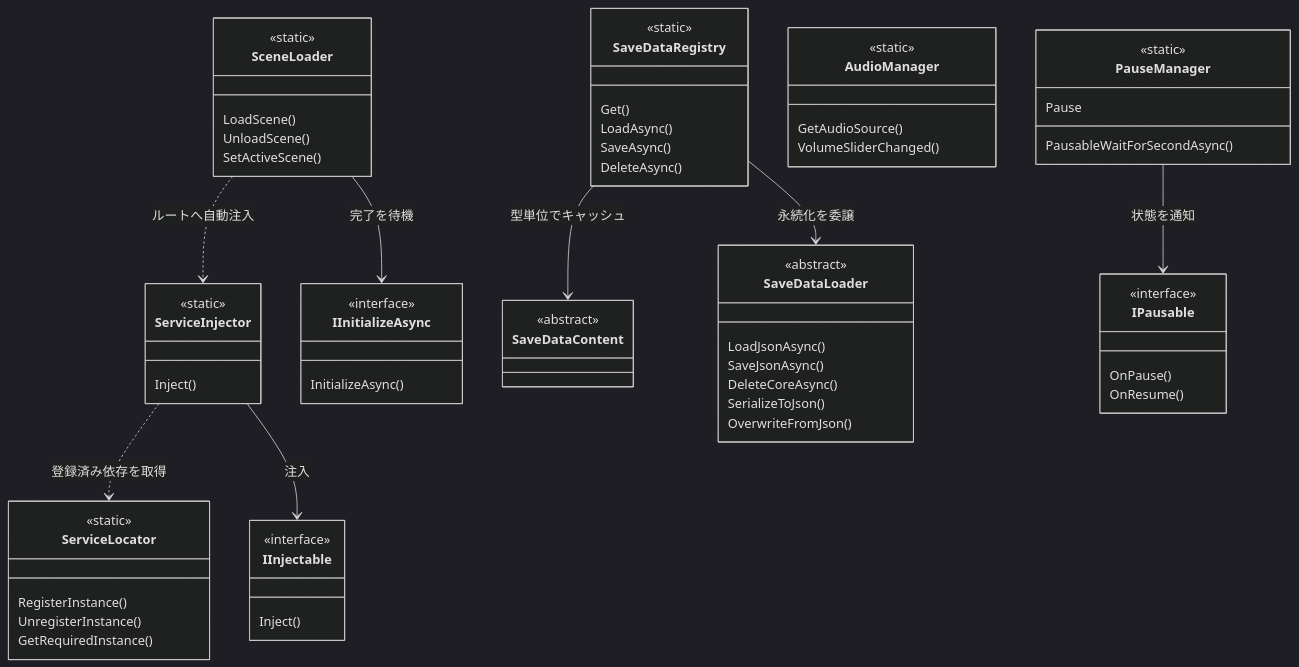
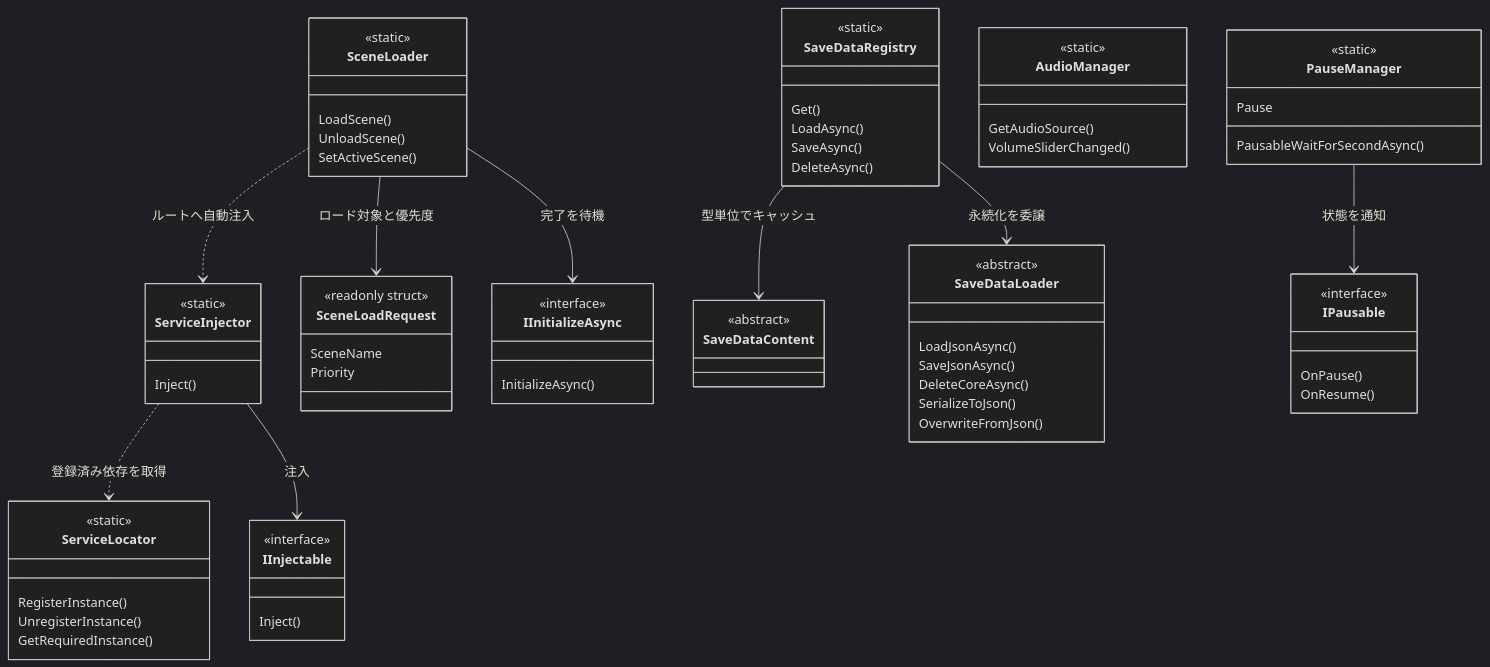
The third of 4 diagrams in Documentation~/Architecture.md (HIBIKI5201/SymphonyFramework), drawn with Mermaid (dark theme) before and after one commit. The commit also changed 35 other files, not shown here.

````diff
--- a/Documentation~/Architecture.md
+++ b/Documentation~/Architecture.md
@@ -74,68 +74,74 @@
 ```mermaid
 classDiagram
     class ServiceLocator {
         <<static>>
         RegisterInstance()
         UnregisterInstance()
         GetRequiredInstance()
     }
     class ServiceInjector {
         <<static>>
         Inject()
     }
     class IInjectable {
         <<interface>>
         Inject()
     }
     class SceneLoader {
         <<static>>
         LoadScene()
         UnloadScene()
         SetActiveScene()
+    }
+    class SceneLoadRequest {
+        <<readonly struct>>
+        SceneName
+        Priority
     }
     class IInitializeAsync {
         <<interface>>
         InitializeAsync()
     }
     class SaveDataRegistry {
         <<static>>
         Get()
         LoadAsync()
         SaveAsync()
         DeleteAsync()
     }
     class SaveDataContent {
         <<abstract>>
     }
     class SaveDataLoader {
         <<abstract>>
         LoadJsonAsync()
         SaveJsonAsync()
         DeleteCoreAsync()
         SerializeToJson()
         OverwriteFromJson()
     }
     class AudioManager {
         <<static>>
         GetAudioSource()
         VolumeSliderChanged()
     }
     class PauseManager {
         <<static>>
         Pause
         PausableWaitForSecondAsync()
     }
     class IPausable {
         <<interface>>
         OnPause()
         OnResume()
     }
 
     ServiceInjector ..> ServiceLocator : 登録済み依存を取得
     ServiceInjector --> IInjectable : 注入
+    SceneLoader --> SceneLoadRequest : ロード対象と優先度
     SceneLoader ..> ServiceInjector : ルートへ自動注入
     SceneLoader --> IInitializeAsync : 完了を待機
     SaveDataRegistry --> SaveDataContent : 型単位でキャッシュ
     SaveDataRegistry --> SaveDataLoader : 永続化を委譲
     PauseManager --> IPausable : 状態を通知
 ```
````
